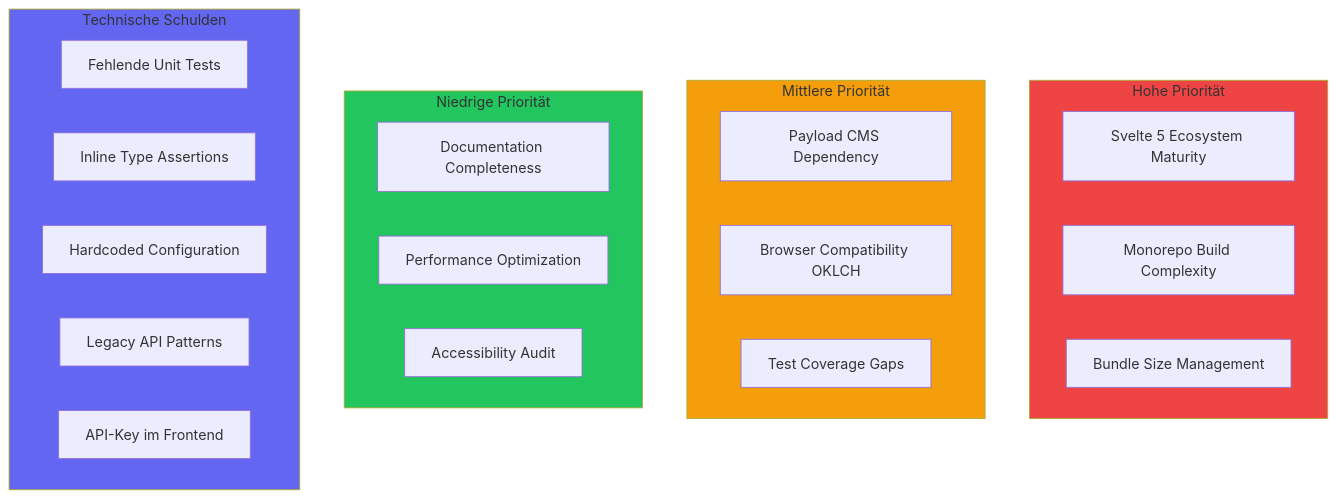
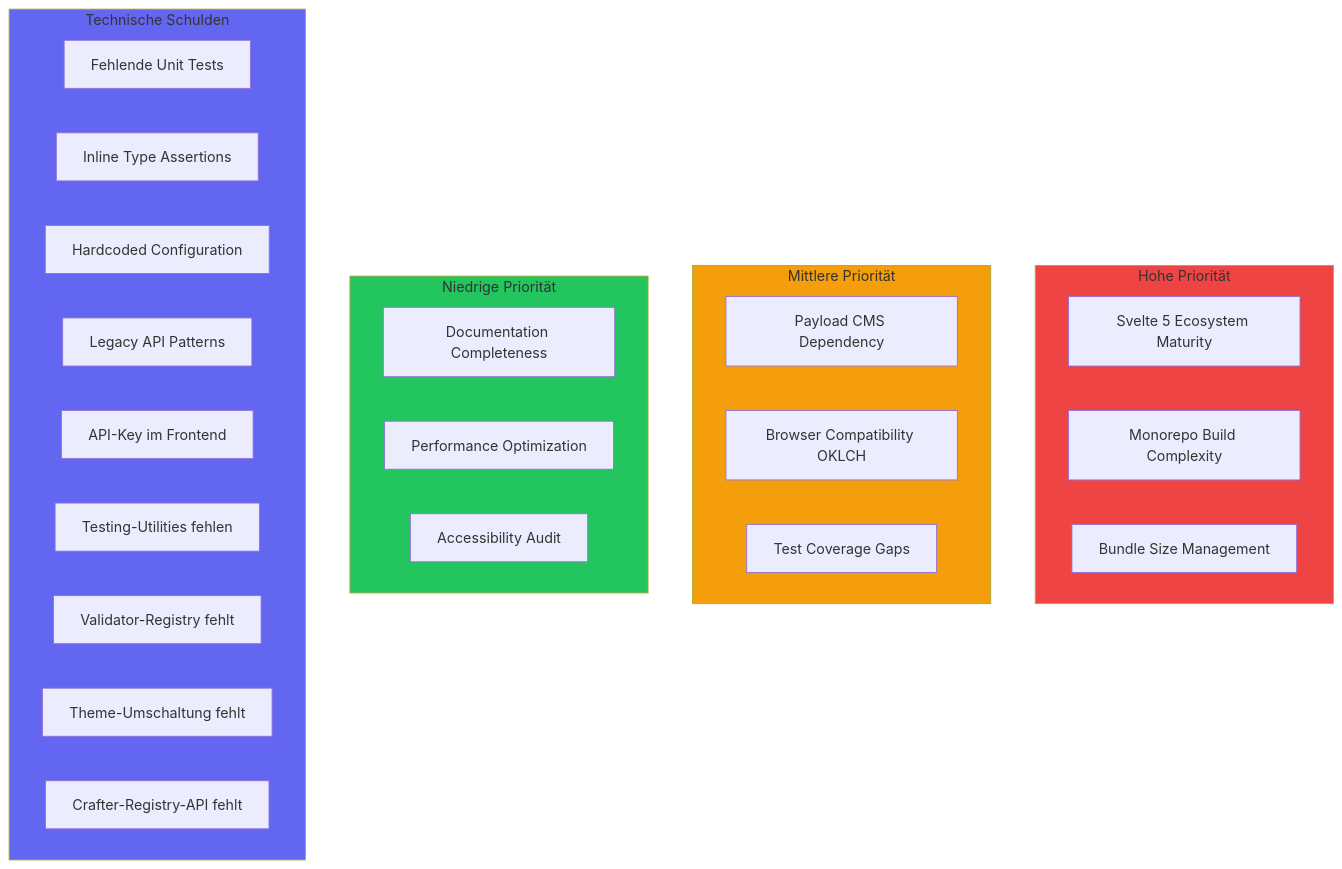
The diagram in apps/docs/src/arc42/11-risks-and-technical-debt.md (mainzcript/ujl), drawn with Mermaid before and after one commit. The commit also changed other lines of this file and 6 other files, not shown here.

Commit message:
refactor: enhance architecture documentation with detailed explanations of module-to-node transformations, structural relationships, and deployment strategies, while improving clarity and consistency across sections

````diff
--- a/apps/docs/src/arc42/11-risks-and-technical-debt.md
+++ b/apps/docs/src/arc42/11-risks-and-technical-debt.md
@@ -10,33 +10,37 @@
 ```mermaid
 graph TB
     subgraph HighRisk["Hohe Priorität"]
         R1["Svelte 5 Ecosystem Maturity"]
         R2["Monorepo Build Complexity"]
         R3["Bundle Size Management"]
     end
 
     subgraph MediumRisk["Mittlere Priorität"]
         R4["Payload CMS Dependency"]
         R5["Browser Compatibility OKLCH"]
         R6["Test Coverage Gaps"]
     end
 
     subgraph LowRisk["Niedrige Priorität"]
         R7["Documentation Completeness"]
         R8["Performance Optimization"]
         R9["Accessibility Audit"]
     end
 
     subgraph TechDebt["Technische Schulden"]
         TD1["Fehlende Unit Tests"]
         TD2["Inline Type Assertions"]
         TD3["Hardcoded Configuration"]
         TD4["Legacy API Patterns"]
         TD5["API-Key im Frontend"]
+        TD6["Testing-Utilities fehlen"]
+        TD7["Validator-Registry fehlt"]
+        TD8["Theme-Umschaltung fehlt"]
+        TD9["Crafter-Registry-API fehlt"]
     end
 
     style HighRisk fill:#ef4444
     style MediumRisk fill:#f59e0b
     style LowRisk fill:#22c55e
     style TechDebt fill:#6366f1
 ```
````
